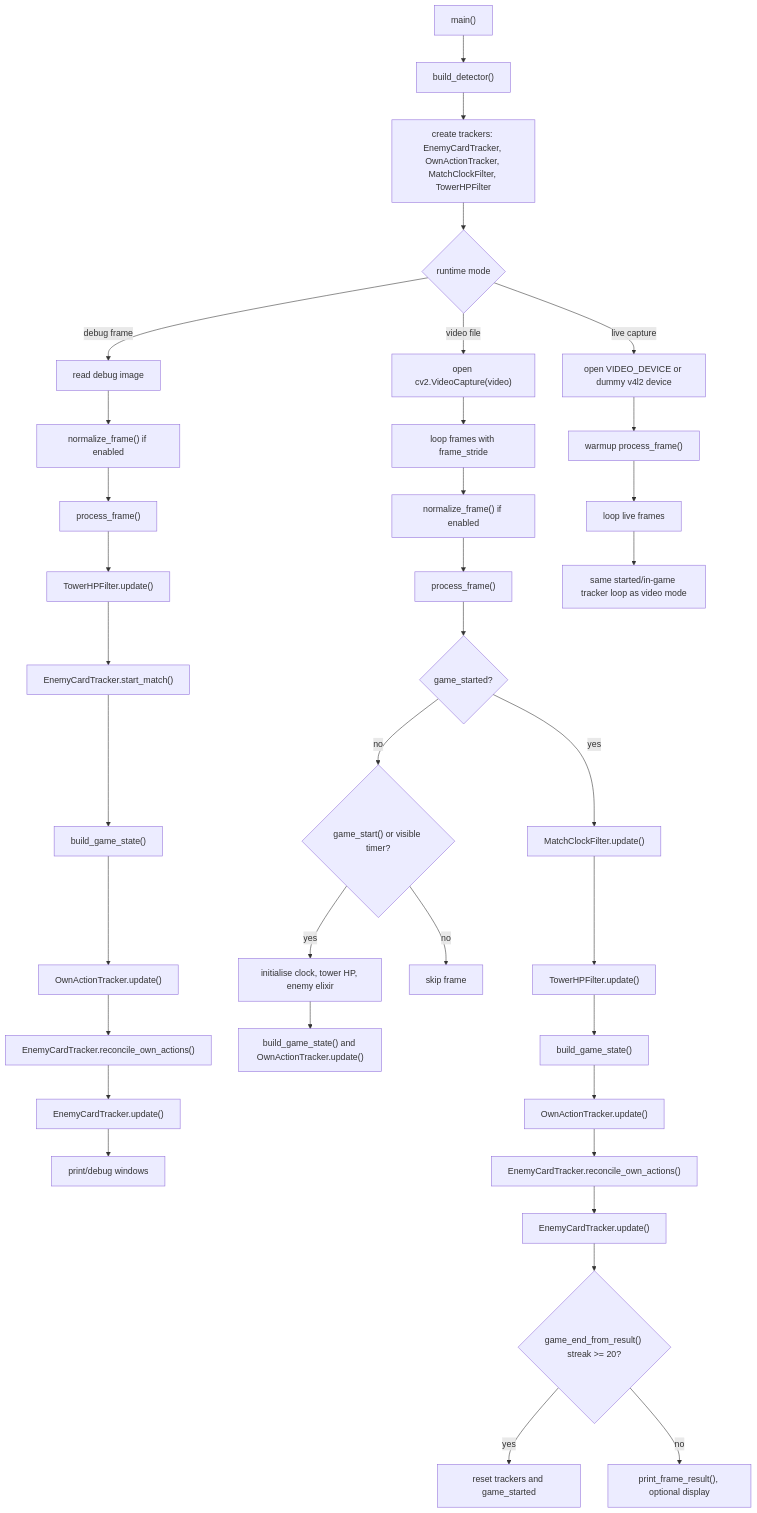
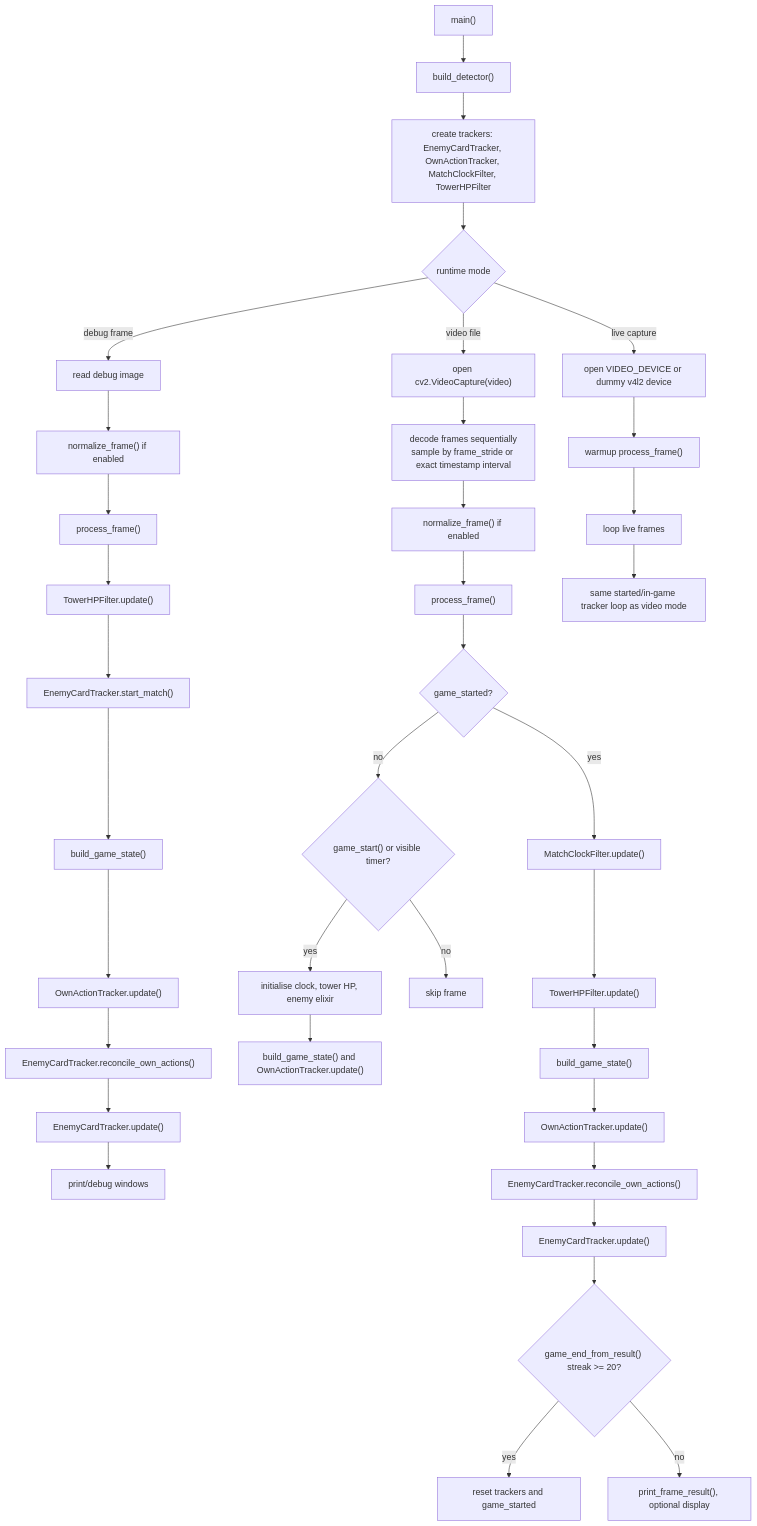
Before and after one commit to Keschler/cr-bot: the second of 19 diagrams in docs/flowcharts.md, drawn with Mermaid. The commit also changed other lines of this file, not shown here.

````diff
--- a/docs/flowcharts.md
+++ b/docs/flowcharts.md
@@ -57,41 +57,41 @@
 ```mermaid
 flowchart TD
     A["main()"] --> B["build_detector()"]
     B --> C["create trackers: EnemyCardTracker, OwnActionTracker, MatchClockFilter, TowerHPFilter"]
     C --> D{"runtime mode"}
 
     D -->|"debug frame"| E["read debug image"]
     E --> F["normalize_frame() if enabled"]
     F --> G["process_frame()"]
     G --> H["TowerHPFilter.update()"]
     H --> I["EnemyCardTracker.start_match()"]
     I --> J["build_game_state()"]
     J --> K["OwnActionTracker.update()"]
     K --> L["EnemyCardTracker.reconcile_own_actions()"]
     L --> M["EnemyCardTracker.update()"]
     M --> N["print/debug windows"]
 
     D -->|"video file"| O["open cv2.VideoCapture(video)"]
-    O --> P["loop frames with frame_stride"]
+    O --> P["decode frames sequentially<br/>sample by frame_stride or exact timestamp interval"]
     P --> Q["normalize_frame() if enabled"]
     Q --> R["process_frame()"]
     R --> S{"game_started?"}
     S -->|"no"| T{"game_start() or visible timer?"}
     T -->|"yes"| U["initialise clock, tower HP, enemy elixir"]
     U --> V["build_game_state() and OwnActionTracker.update()"]
     T -->|"no"| W["skip frame"]
     S -->|"yes"| X["MatchClockFilter.update()"]
     X --> Y["TowerHPFilter.update()"]
     Y --> Z["build_game_state()"]
     Z --> AA["OwnActionTracker.update()"]
     AA --> AB["EnemyCardTracker.reconcile_own_actions()"]
     AB --> AC["EnemyCardTracker.update()"]
     AC --> AD{"game_end_from_result() streak >= 20?"}
     AD -->|"yes"| AE["reset trackers and game_started"]
     AD -->|"no"| AF["print_frame_result(), optional display"]
 
     D -->|"live capture"| AG["open VIDEO_DEVICE or dummy v4l2 device"]
     AG --> AH["warmup process_frame()"]
     AH --> AI["loop live frames"]
     AI --> AJ["same started/in-game tracker loop as video mode"]
 ```
````
